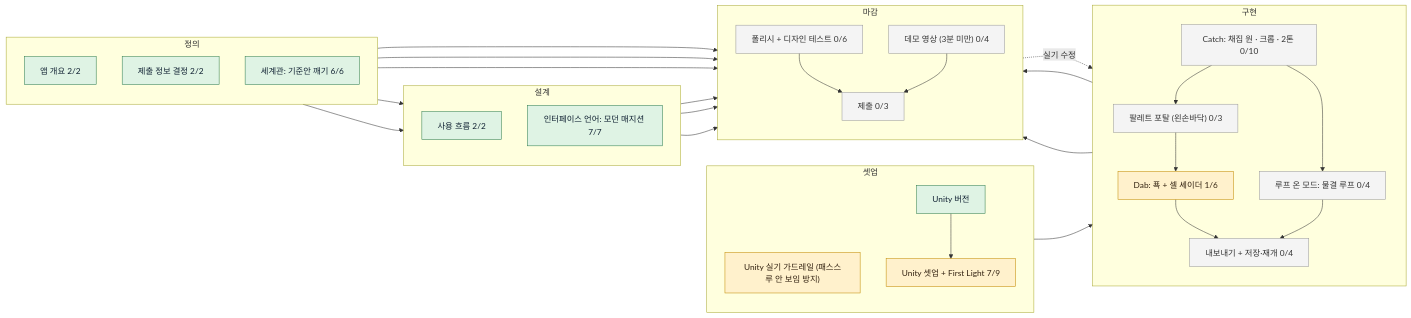
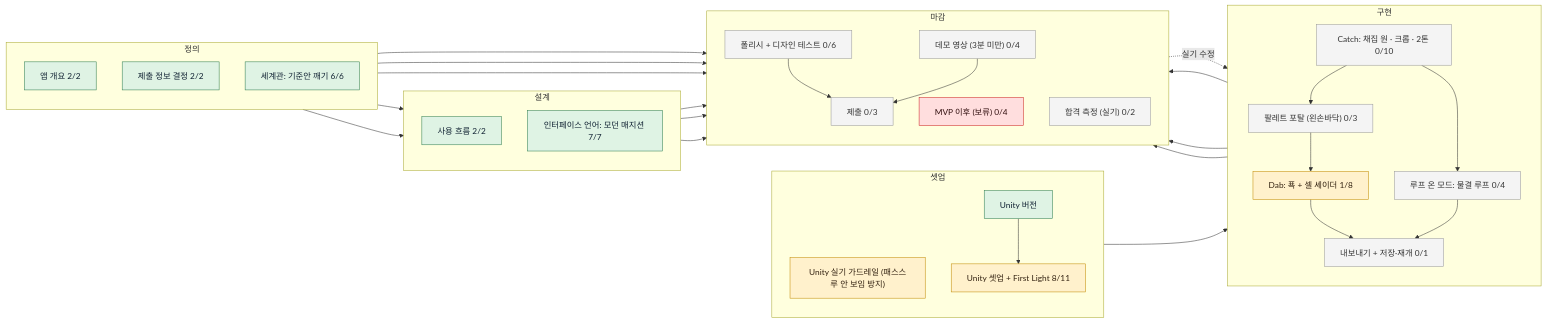
Before and after one commit to reality404studio/meta-mr-picker: the diagram in board/BOARD.md, drawn with Mermaid. The commit also changed other lines of this file and 8 other files, not shown here.

Commit message:
보드 동기화: setup-device First Light 실기 통과

````diff
--- a/board/BOARD.md
+++ b/board/BOARD.md
@@ -18,60 +18,63 @@
 ```mermaid
 flowchart LR
   subgraph s_define["정의"]
     direction TB
     brief["앱 개요 2/2"]:::done
     submit_meta["제출 정보 결정 2/2"]:::done
     world["세계관: 기준안 깨기 6/6"]:::done
   end
   subgraph s_design["설계"]
     direction TB
     usage_flow["사용 흐름 2/2"]:::done
     interface["인터페이스 언어: 모던 매지션 7/7"]:::done
   end
   subgraph s_prototype["셋업"]
     direction TB
     use_unity_guardrails["Unity 실기 가드레일 (패스스루 안 보임 방지)"]:::doing
     use_unity_version["Unity 버전"]:::done
-    setup["Unity 셋업 + First Light 7/9"]:::doing
+    setup["Unity 셋업 + First Light 8/11"]:::doing
   end
   subgraph s_build["구현"]
     direction TB
     catch["Catch: 채집 원 · 크롭 · 2톤 0/10"]:::todo
     loop["루프 온 모드: 물결 루프 0/4"]:::todo
     portal["팔레트 포탈 (왼손바닥) 0/3"]:::todo
-    dab["Dab: 푝 + 셀 셰이더 1/6"]:::doing
-    export["내보내기 + 저장·재개 0/4"]:::todo
+    dab["Dab: 푝 + 셀 셰이더 1/8"]:::doing
+    export["내보내기 + 저장·재개 0/1"]:::todo
   end
   subgraph s_review["마감"]
     direction TB
     polish["폴리시 + 디자인 테스트 0/6"]:::todo
     demo_video["데모 영상 (3분 미만) 0/4"]:::todo
     submit["제출 0/3"]:::todo
+    post_mvp["MVP 이후 (보류) 0/4"]:::blocked
+    acceptance["합격 측정 (실기) 0/2"]:::todo
   end
   brief --> usage_flow
   use_unity_version --> setup
   setup --> catch
   catch --> loop
   catch --> portal
   portal --> dab
   dab --> export
   loop --> export
   export --> polish
   usage_flow --> polish
   catch --> demo_video
   polish --> submit
   demo_video --> submit
   submit_meta --> submit
   polish -.->|실기 수정| dab
   world --> demo_video
   world --> polish
   world --> interface
   interface --> polish
   interface --> demo_video
+  dab --> acceptance
   classDef done fill:#dff3e4,stroke:#2e7d4f,color:#123
   classDef doing fill:#fff1cc,stroke:#c28a00,color:#321
   classDef review fill:#ece4ff,stroke:#6a4fc2,color:#213
   classDef proof fill:#dceaff,stroke:#3f7fd6,color:#123
   classDef todo fill:#f4f4f4,stroke:#999,color:#333
   classDef blocked fill:#ffdede,stroke:#c22,color:#311
 ```
````
